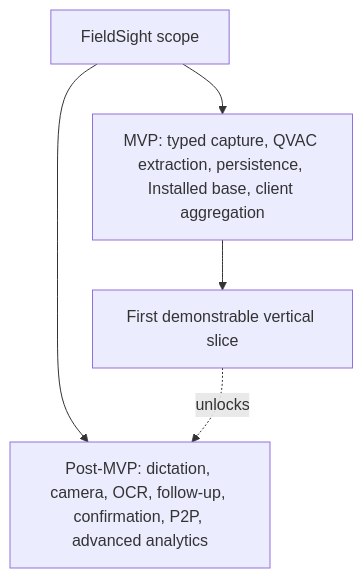
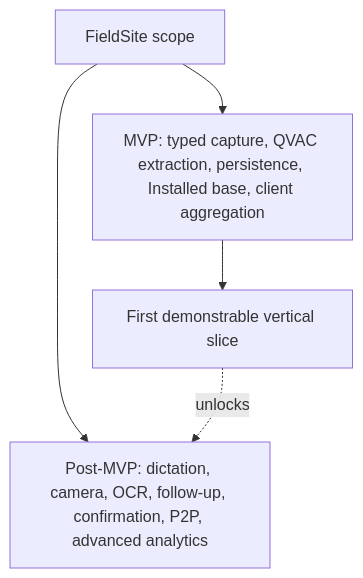
Before and after one commit to quantumquirkxyz/Caffeine-Express: the first of 7 diagrams in docs/proposal-solution.md, drawn with Mermaid. The commit also changed other lines of this file and 11 other files, not shown here.

````diff
--- a/docs/proposal-solution.md
+++ b/docs/proposal-solution.md
@@ -67,7 +67,7 @@
 ```mermaid
 flowchart TB
-    Scope["FieldSight scope"] --> MVP["MVP: typed capture, QVAC extraction, persistence, Installed base, client aggregation"]
+    Scope["FieldSite scope"] --> MVP["MVP: typed capture, QVAC extraction, persistence, Installed base, client aggregation"]
     Scope --> Post["Post-MVP: dictation, camera, OCR, follow-up, confirmation, P2P, advanced analytics"]
     MVP --> Demo["First demonstrable vertical slice"]
     Demo -.unlocks.-> Post
 ```
````
